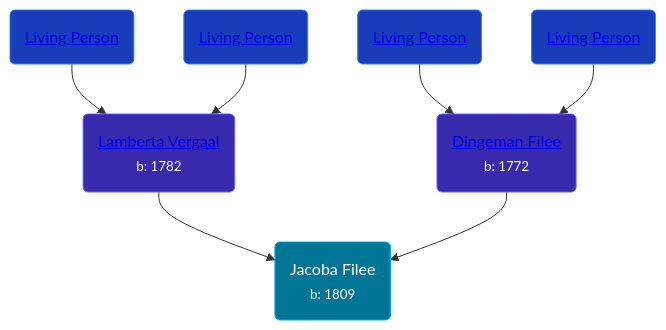
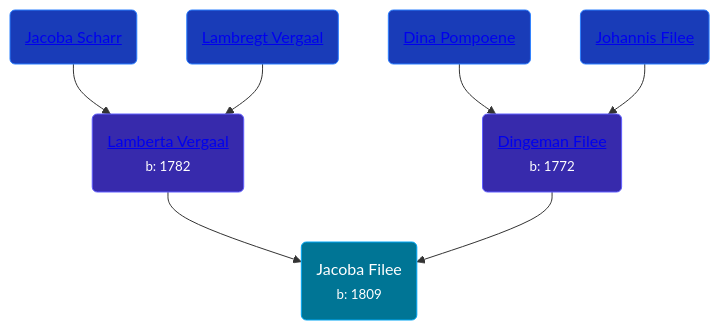
One commit to wpmgotkh/wpmgotkh.github.io changed the diagram in pages/people/2/24768838.md. Above: the diagram before and after it, drawn with Mermaid. The commit also changed 586 other files, not shown here.

Commit message:
feat: better shouldConsiderPersonLiving algo

````diff
--- a/pages/people/2/24768838.md
+++ b/pages/people/2/24768838.md
@@ -11,13 +11,13 @@
 ```mermaid
 graph
 classDef grands fill:#193cb8,stroke:#2b7fff,stroke-width:1px,color:#fff;
 classDef parents fill:#372aac,stroke:#615fff,stroke-width:1px,color:#fff;
 classDef primary fill:#007595,stroke:#00a6f4,stroke-width:1px,color:#fff;
 24768838(Jacoba Filee<br /><small>b: 1809</small>):::primary
 91282624(<a class="text-white" href="/people/9/91282624">Lamberta Vergaal</a><br /><small>b: 1782</small>):::parents-->24768838
-98877980(<a class="text-white" href="/people/9/98877980">Living Person</a>):::grands-->91282624
-40250560(<a class="text-white" href="/people/4/40250560">Living Person</a>):::grands-->91282624
+98877980(<a class="text-white" href="/people/9/98877980">Jacoba Scharr</a>):::grands-->91282624
+40250560(<a class="text-white" href="/people/4/40250560">Lambregt Vergaal</a>):::grands-->91282624
 19898025(<a class="text-white" href="/people/1/19898025">Dingeman Filee</a><br /><small>b: 1772</small>):::parents-->24768838
-69144502(<a class="text-white" href="/people/6/69144502">Living Person</a>):::grands-->19898025
-39514400(<a class="text-white" href="/people/3/39514400">Living Person</a>):::grands-->19898025
+69144502(<a class="text-white" href="/people/6/69144502">Dina Pompoene</a>):::grands-->19898025
+39514400(<a class="text-white" href="/people/3/39514400">Johannis Filee</a>):::grands-->19898025
 ```
````
